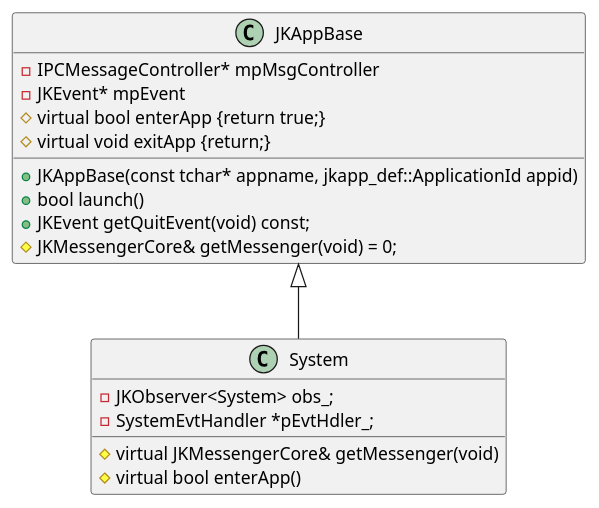
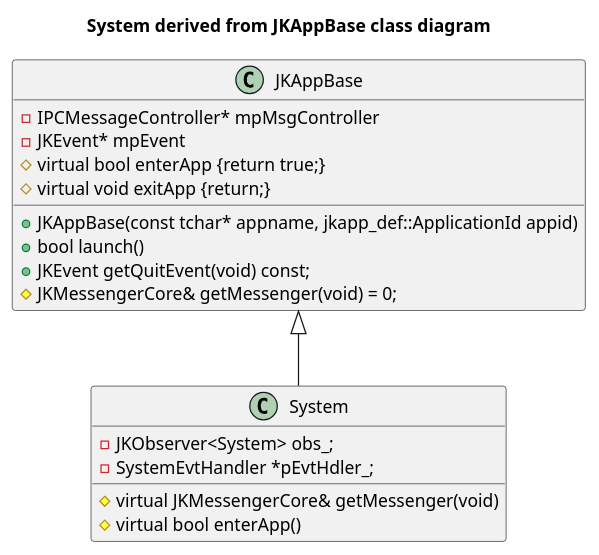
The second of 2 diagrams in wk/tcc8925-app-process-creation.org (guolibao/Linux-Learning), drawn with PlantUML before and after one commit. The commit also changed 1 other file, not shown here.

```diff
--- a/wk/tcc8925-app-process-creation.org
+++ b/wk/tcc8925-app-process-creation.org
@@ -68,21 +68,24 @@
 #+BEGIN_SRC plantuml :file img/System-derived-from-JKAppBase.png
+@startuml
+title System derived from JKAppBase class diagram
   class System {
   -JKObserver<System> obs_;
   -SystemEvtHandler *pEvtHdler_;
   #virtual JKMessengerCore& getMessenger(void)
   #virtual bool enterApp()
   }
 
   class JKAppBase {
   +JKAppBase(const tchar* appname, jkapp_def::ApplicationId appid)
   -IPCMessageController* mpMsgController
   -JKEvent* mpEvent
   +bool launch()
   +JKEvent getQuitEvent(void) const;
   #JKMessengerCore& getMessenger(void) = 0;
   #virtual bool enterApp {return true;}
   #virtual void exitApp {return;}
   }
 
 JKAppBase <|-- System
+@enduml
 #+END_SRC
```
